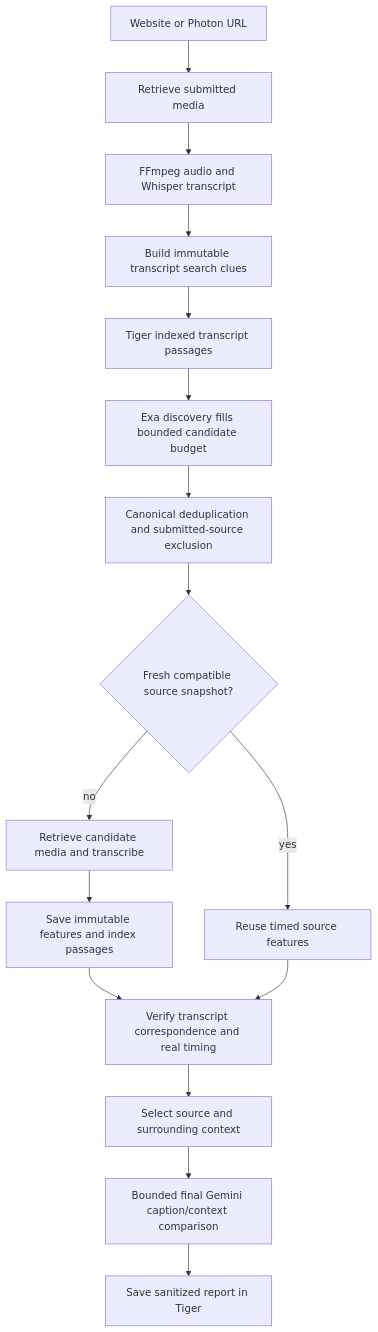
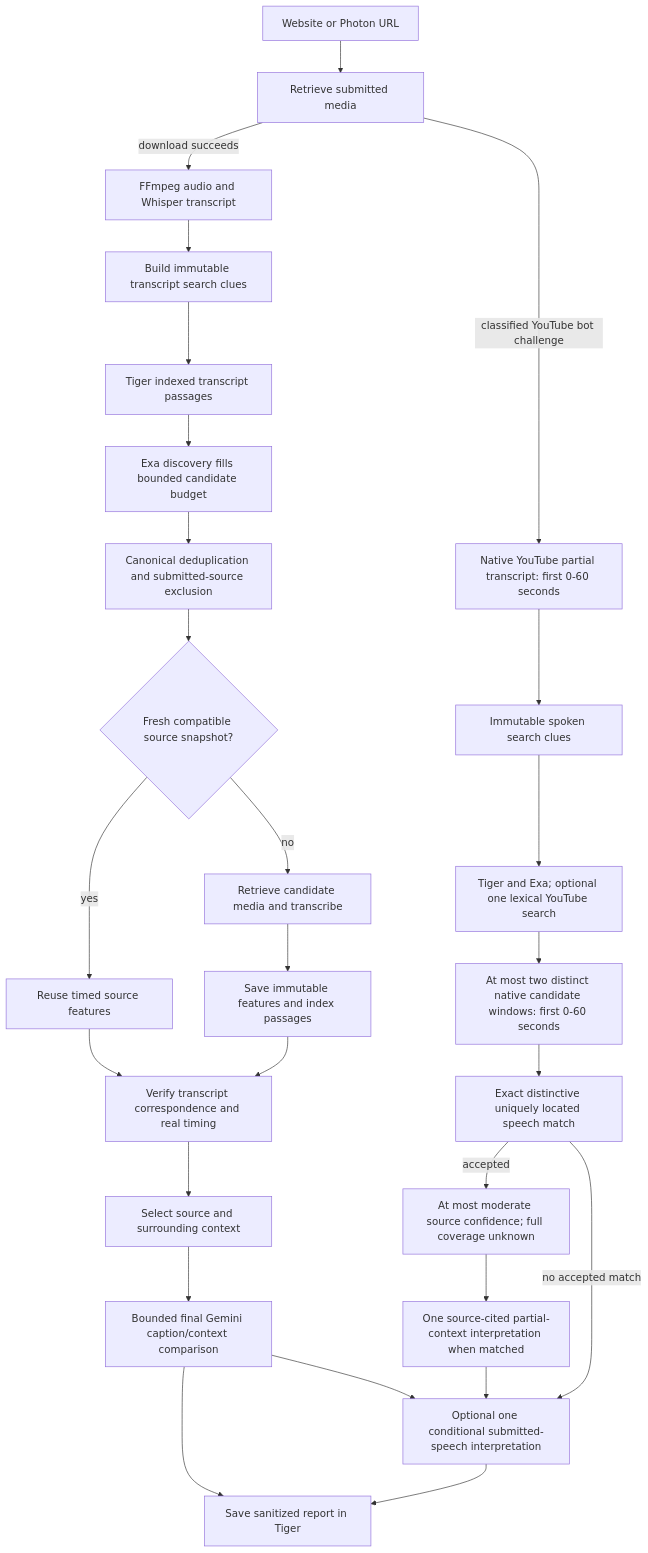
Before and after one commit to cepahal/HackNCQuantro: the diagram in docs/HYBRID_SEARCH.md, drawn with Mermaid. The commit also changed other lines of this file and 16 other files, not shown here.

Commit message:
Find YouTube source candidates and analyze partial speech evidence

````diff
--- a/docs/HYBRID_SEARCH.md
+++ b/docs/HYBRID_SEARCH.md
@@ -7,18 +7,29 @@
 ```mermaid
 flowchart TD
   A[Website or Photon URL] --> B[Retrieve submitted media]
-  B --> C[FFmpeg audio and Whisper transcript]
+  B -->|download succeeds| C[FFmpeg audio and Whisper transcript]
+  B -->|classified YouTube bot challenge| P[Native YouTube partial transcript: first 0-60 seconds]
   C --> D[Build immutable transcript search clues]
   D --> E[Tiger indexed transcript passages]
   E --> F[Exa discovery fills bounded candidate budget]
   F --> G[Canonical deduplication and submitted-source exclusion]
   G --> H{Fresh compatible source snapshot?}
   H -->|yes| I[Reuse timed source features]
   H -->|no| J[Retrieve candidate media and transcribe]
   J --> K[Save immutable features and index passages]
   K --> L[Verify transcript correspondence and real timing]
   I --> L
   L --> M[Select source and surrounding context]
   M --> N[Bounded final Gemini caption/context comparison]
   N --> O[Save sanitized report in Tiger]
+  P --> Q[Immutable spoken search clues]
+  Q --> R[Tiger and Exa; optional one lexical YouTube search]
+  R --> S[At most two distinct native candidate windows: first 0-60 seconds]
+  S --> T[Exact distinctive uniquely located speech match]
+  T -->|accepted| U[At most moderate source confidence; full coverage unknown]
+  U --> V[One source-cited partial-context interpretation when matched]
+  V --> W[Optional one conditional submitted-speech interpretation]
+  T -->|no accepted match| W
+  W --> O
+  N --> W
 ```
````
